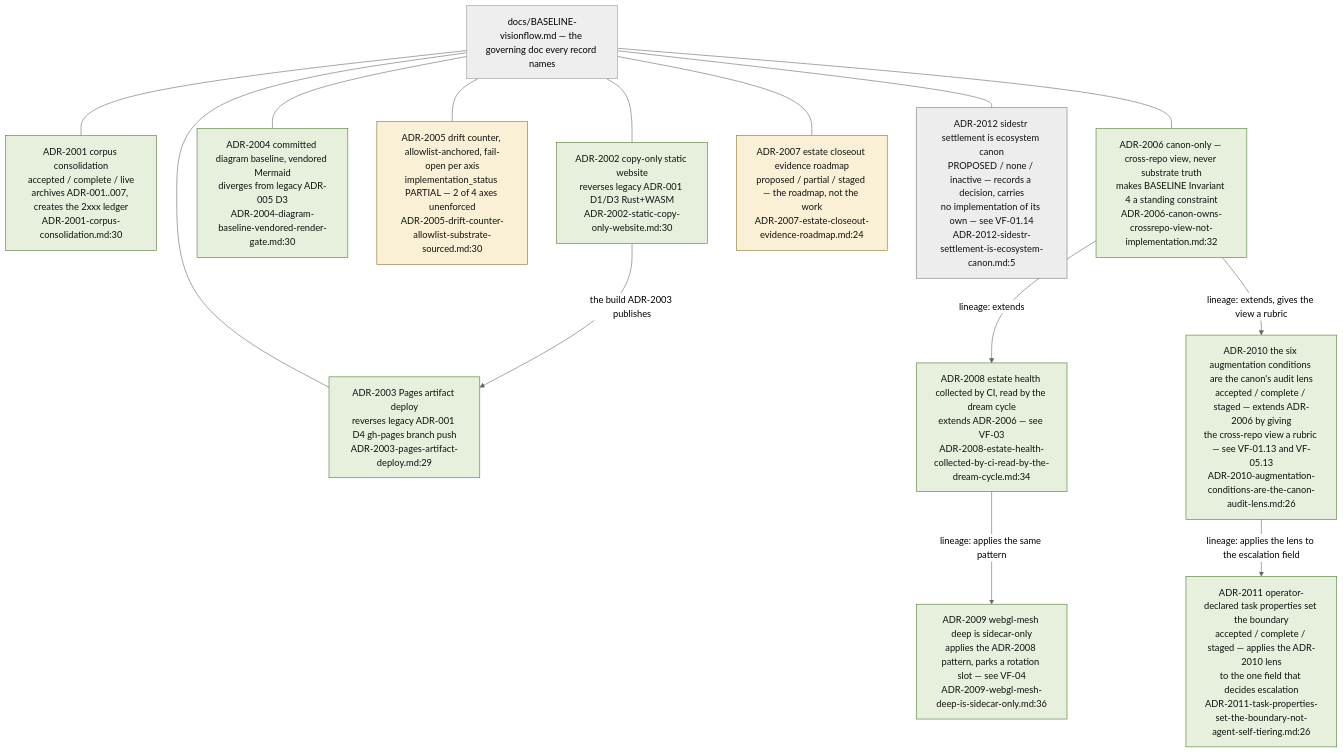
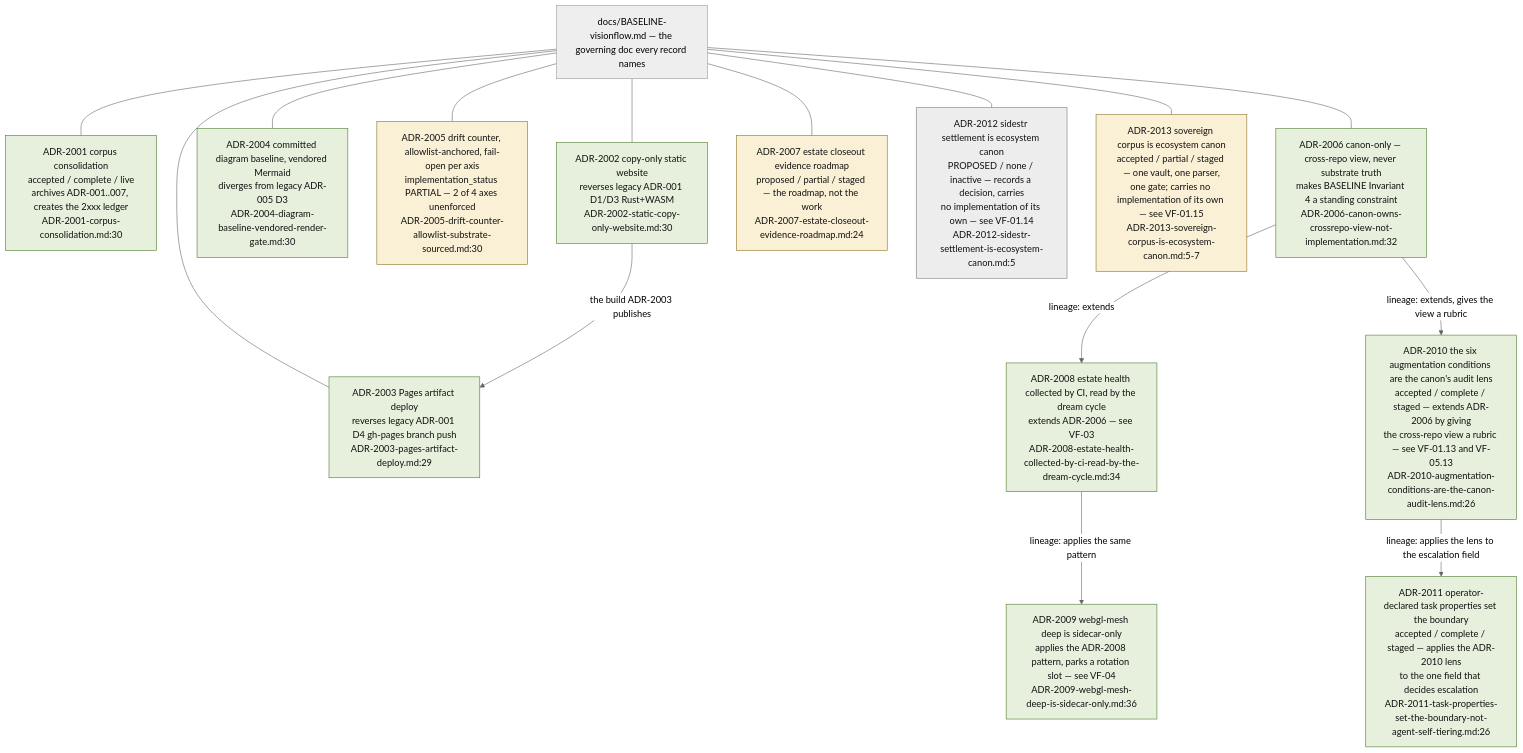
Before and after one commit to DreamLab-AI/VisionFlow: the sixth of 11 diagrams in docs/diagrams/visionflow/01-repo-composition-and-canon.md, drawn with Mermaid (neutral theme). The commit also changed other lines of this file and 136 other files, not shown here.

First line of the commit message:
docs(diagrams): refresh the whole corpus to code HEAD and prune low-value diagrams

````diff
--- a/docs/diagrams/visionflow/01-repo-composition-and-canon.md
+++ b/docs/diagrams/visionflow/01-repo-composition-and-canon.md
@@ -323,34 +235,36 @@
 ```mermaid
 flowchart TB
     classDef live fill:#e6f0dc,stroke:#4a7a2a,color:#111
     classDef part fill:#f9f0d5,stroke:#8a7020,color:#111
     classDef prop fill:#ededed,stroke:#777,color:#111
     BASE["docs/BASELINE-visionflow.md — the governing doc every record names"]
 
     A1["ADR-2001 corpus consolidation<br/>accepted / complete / live<br/>archives ADR-001..007, creates the 2xxx ledger<br/>ADR-2001-corpus-consolidation.md:30"]:::live
     A2["ADR-2002 copy-only static website<br/>reverses legacy ADR-001 D1/D3 Rust+WASM<br/>ADR-2002-static-copy-only-website.md:30"]:::live
     A3["ADR-2003 Pages artifact deploy<br/>reverses legacy ADR-001 D4 gh-pages branch push<br/>ADR-2003-pages-artifact-deploy.md:29"]:::live
     A4["ADR-2004 committed diagram baseline, vendored Mermaid<br/>diverges from legacy ADR-005 D3<br/>ADR-2004-diagram-baseline-vendored-render-gate.md:30"]:::live
     A5["ADR-2005 drift counter, allowlist-anchored, fail-open per axis<br/>implementation_status PARTIAL — 2 of 4 axes unenforced<br/>ADR-2005-drift-counter-allowlist-substrate-sourced.md:30"]:::part
     A6["ADR-2006 canon-only — cross-repo view, never substrate truth<br/>makes BASELINE Invariant 4 a standing constraint<br/>ADR-2006-canon-owns-crossrepo-view-not-implementation.md:32"]:::live
     A7["ADR-2007 estate closeout evidence roadmap<br/>proposed / partial / staged — the roadmap, not the work<br/>ADR-2007-estate-closeout-evidence-roadmap.md:24"]:::part
     A8["ADR-2008 estate health collected by CI, read by the dream cycle<br/>extends ADR-2006 — see VF-03<br/>ADR-2008-estate-health-collected-by-ci-read-by-the-dream-cycle.md:34"]:::live
     A9["ADR-2009 webgl-mesh deep is sidecar-only<br/>applies the ADR-2008 pattern, parks a rotation slot — see VF-04<br/>ADR-2009-webgl-mesh-deep-is-sidecar-only.md:36"]:::live
     A10["ADR-2010 the six augmentation conditions are the canon's audit lens<br/>accepted / complete / staged — extends ADR-2006 by giving<br/>the cross-repo view a rubric — see VF-01.13 and VF-05.13<br/>ADR-2010-augmentation-conditions-are-the-canon-audit-lens.md:26"]:::live
     A11["ADR-2011 operator-declared task properties set the boundary<br/>accepted / complete / staged — applies the ADR-2010 lens<br/>to the one field that decides escalation<br/>ADR-2011-task-properties-set-the-boundary-not-agent-self-tiering.md:26"]:::live
     A12["ADR-2012 sidestr settlement is ecosystem canon<br/>PROPOSED / none / inactive — records a decision, carries<br/>no implementation of its own — see VF-01.14<br/>ADR-2012-sidestr-settlement-is-ecosystem-canon.md:5"]:::prop
+    A13["ADR-2013 sovereign corpus is ecosystem canon<br/>accepted / partial / staged — one vault, one parser,<br/>one gate; carries no implementation of its own — see VF-01.15<br/>ADR-2013-sovereign-corpus-is-ecosystem-canon.md:5-7"]:::part
 
     BASE --- A1
     BASE --- A2
     BASE --- A3
     BASE --- A4
     BASE --- A5
     BASE --- A6
     BASE --- A7
     BASE --- A12
     A6 -->|"lineage: extends"| A8
     A8 -->|"lineage: applies the same pattern"| A9
     A2 -->|"the build ADR-2003 publishes"| A3
     A6 -->|"lineage: extends, gives the view a rubric"| A10
     A10 -->|"lineage: applies the lens to the escalation field"| A11
+    BASE --- A13
 ```
````
